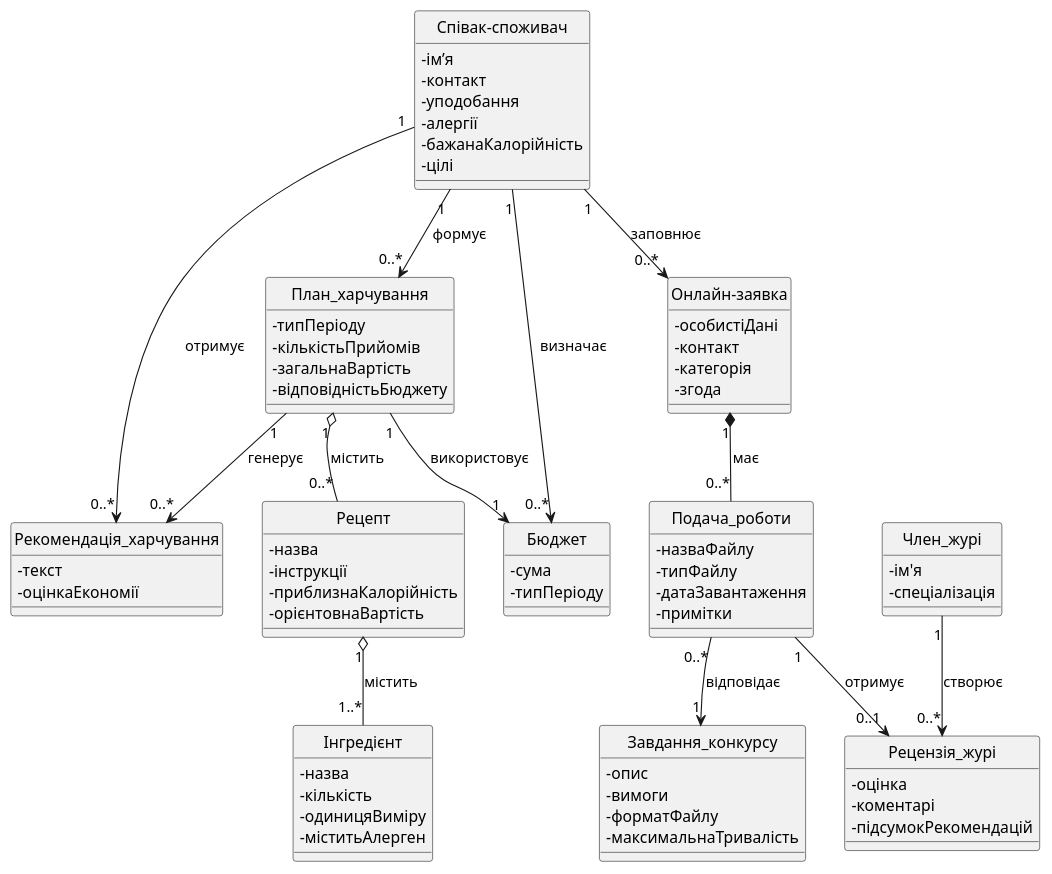
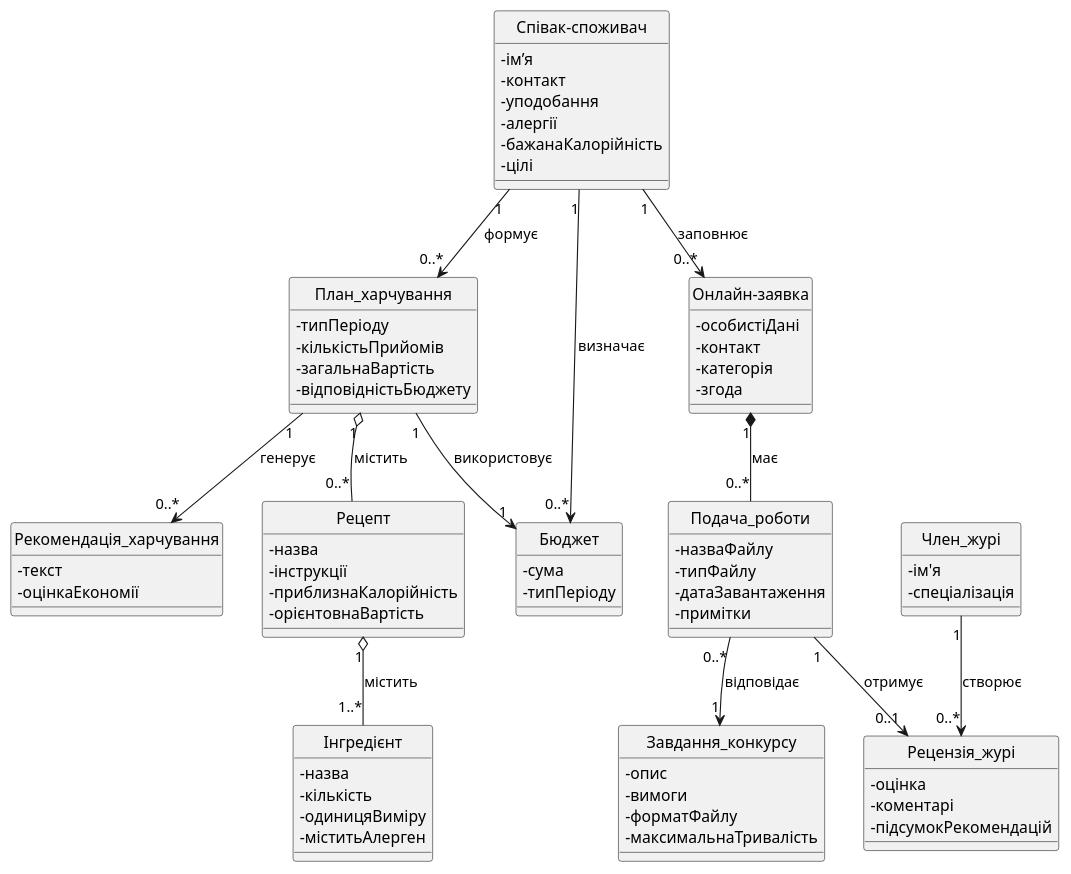
Before and after one commit to Liudmyla11/lab3: the diagram in ConceptClasses.puml, drawn with PlantUML.

```diff
--- a/ConceptClasses.puml
+++ b/ConceptClasses.puml
@@ -1,91 +1,90 @@
 @startuml
 skinparam classAttributeIconSize 0
 hide circle
 
 class "Співак-споживач" as User {
   - ім’я
   - контакт
   - уподобання
   - алергії
   - бажанаКалорійність
   - цілі
 }
 
 class "План_харчування" as MealPlan {
   - типПеріоду
   - кількістьПрийомів
   - загальнаВартість
   - відповідністьБюджету
 }
 
 class "Рецепт" as Recipe {
   - назва
   - інструкції
   - приблизнаКалорійність
   - орієнтовнаВартість
 }
 
 class "Інгредієнт" as Ingredient {
   - назва
   - кількість
   - одиницяВиміру 
   - міститьАлерген
 }
 
 class "Бюджет" as Budget {
   - сума
   - типПеріоду
 }
 
 class "Рекомендація_харчування" as NutritionRecommendation {
   - текст
   - оцінкаЕкономії
 }
 
 class "Онлайн-заявка" as Application {
   - особистіДані
   - контакт
   - категорія
   - згода
 }
 
 class "Завдання_конкурсу" as ContestTask {
   - опис
   - вимоги
   - форматФайлу
   - максимальнаТривалість
 }
 
 class "Подача_роботи" as Submission {
   - назваФайлу
   - типФайлу
   - датаЗавантаження
   - примітки
 }
 
 class "Член_журі" as JuryMember {
   - ім'я
   - спеціалізація
 }
 
 class "Рецензія_журі" as JuryReview {
   - оцінка
   - коментарі
   - підсумокРекомендацій
 }
 
 User "1" --> "0..*" MealPlan : формує
 MealPlan "1" o-- "0..*" Recipe : містить
 Recipe "1" o-- "1..*" Ingredient : містить
 MealPlan "1" --> "1" Budget : використовує
 User "1" --> "0..*" Budget : визначає
 MealPlan "1" --> "0..*" NutritionRecommendation : генерує
-User "1" --> "0..*" NutritionRecommendation : отримує
 
 User "1" --> "0..*" Application : заповнює
 Application "1" *-- "0..*" Submission : має
 Submission "0..*" --> "1" ContestTask : відповідає
 Submission "1" --> "0..1" JuryReview : отримує
 
 JuryMember "1" --> "0..*" JuryReview : створює
 @enduml
```
